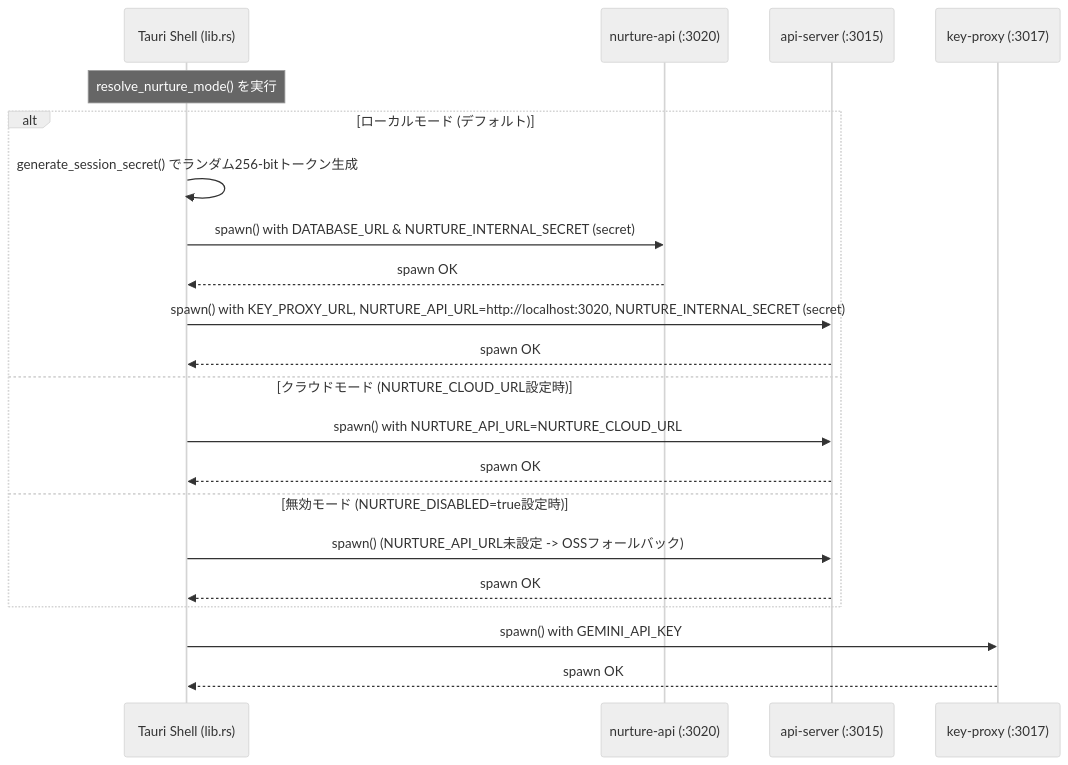
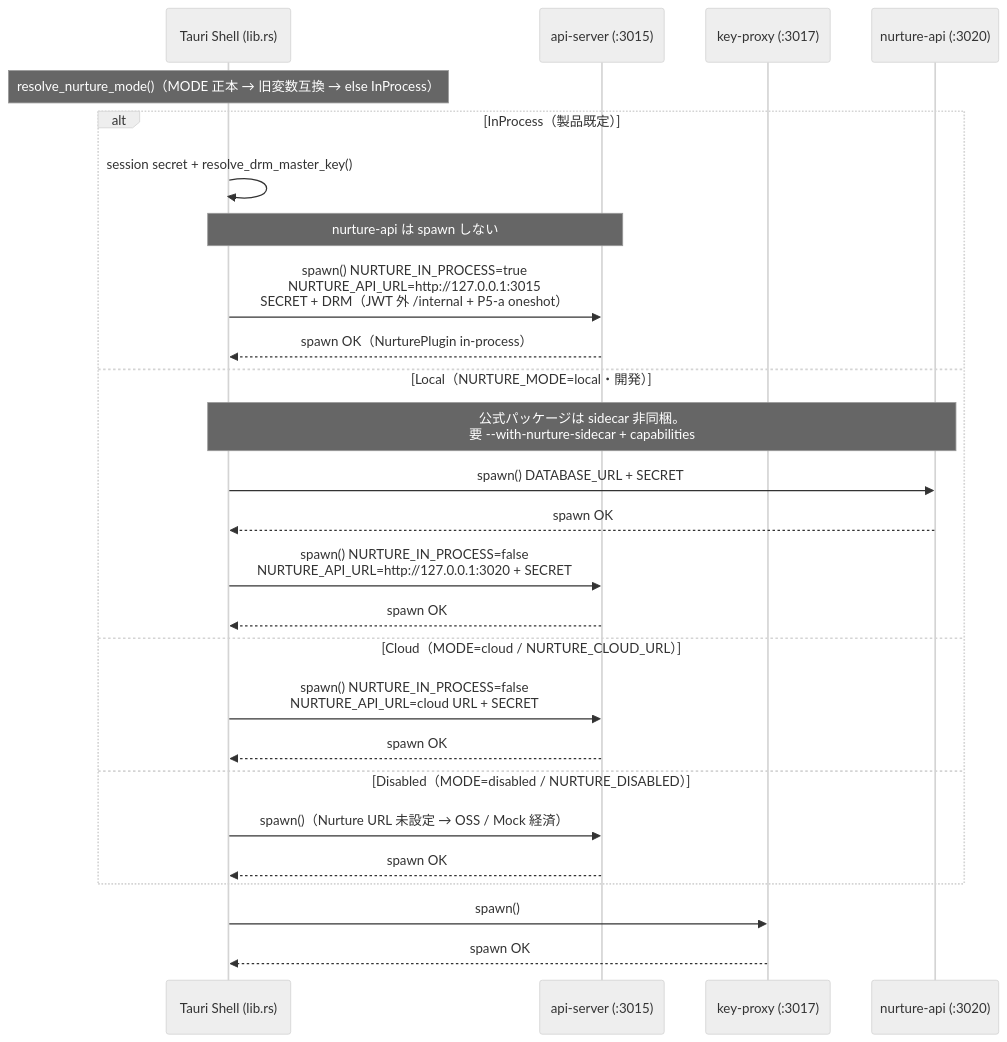
Before and after one commit to for4xex-droid/modular-open-claw: diagram 18 of 22 in docs/architecture/AIOME_NURTURE_SYNERGY.md, drawn with Mermaid (neutral theme). The commit also changed other lines of this file and 22 other files, not shown here.

First line of the commit message:
feat(op-088): route InProcess Nurture S2S via oneshot (P5-a)

````diff
--- a/docs/architecture/AIOME_NURTURE_SYNERGY.md
+++ b/docs/architecture/AIOME_NURTURE_SYNERGY.md
@@ -792,25 +796,30 @@
 ```mermaid
 sequenceDiagram
     participant TS as Tauri Shell (lib.rs)
-    participant NA as nurture-api (:3020)
     participant AS as api-server (:3015)
     participant KP as key-proxy (:3017)
+    participant NA as nurture-api (:3020)
 
-    Note over TS: resolve_nurture_mode() を実行
-    alt ローカルモード (デフォルト)
-        TS->>TS: generate_session_secret() でランダム256-bitトークン生成
-        TS->>NA: spawn() with DATABASE_URL & NURTURE_INTERNAL_SECRET (secret)
+    Note over TS: resolve_nurture_mode()（MODE 正本 → 旧変数互換 → else InProcess）
+    alt InProcess（製品既定）
+        TS->>TS: session secret + resolve_drm_master_key()
+        Note over TS,AS: nurture-api は spawn しない
+        TS->>AS: spawn() NURTURE_IN_PROCESS=true<br/>NURTURE_API_URL=http://127.0.0.1:3015<br/>SECRET + DRM（JWT 外 /internal + P5-a oneshot）
+        AS-->>TS: spawn OK（NurturePlugin in-process）
+    else Local（NURTURE_MODE=local・開発）
+        Note over TS,NA: 公式パッケージは sidecar 非同梱。<br/>要 --with-nurture-sidecar + capabilities
+        TS->>NA: spawn() DATABASE_URL + SECRET
         NA-->>TS: spawn OK
-        TS->>AS: spawn() with KEY_PROXY_URL, NURTURE_API_URL=http://localhost:3020, NURTURE_INTERNAL_SECRET (secret)
+        TS->>AS: spawn() NURTURE_IN_PROCESS=false<br/>NURTURE_API_URL=http://127.0.0.1:3020 + SECRET
         AS-->>TS: spawn OK
-    else クラウドモード (NURTURE_CLOUD_URL設定時)
-        TS->>AS: spawn() with NURTURE_API_URL=NURTURE_CLOUD_URL
+    else Cloud（MODE=cloud / NURTURE_CLOUD_URL）
+        TS->>AS: spawn() NURTURE_IN_PROCESS=false<br/>NURTURE_API_URL=cloud URL + SECRET
         AS-->>TS: spawn OK
-    else 無効モード (NURTURE_DISABLED=true設定時)
-        TS->>AS: spawn() (NURTURE_API_URL未設定 -> OSSフォールバック)
+    else Disabled（MODE=disabled / NURTURE_DISABLED）
+        TS->>AS: spawn()（Nurture URL 未設定 → OSS / Mock 経済）
         AS-->>TS: spawn OK
     end
 
-    TS->>KP: spawn() with GEMINI_API_KEY
+    TS->>KP: spawn()
     KP-->>TS: spawn OK
 ```
````
